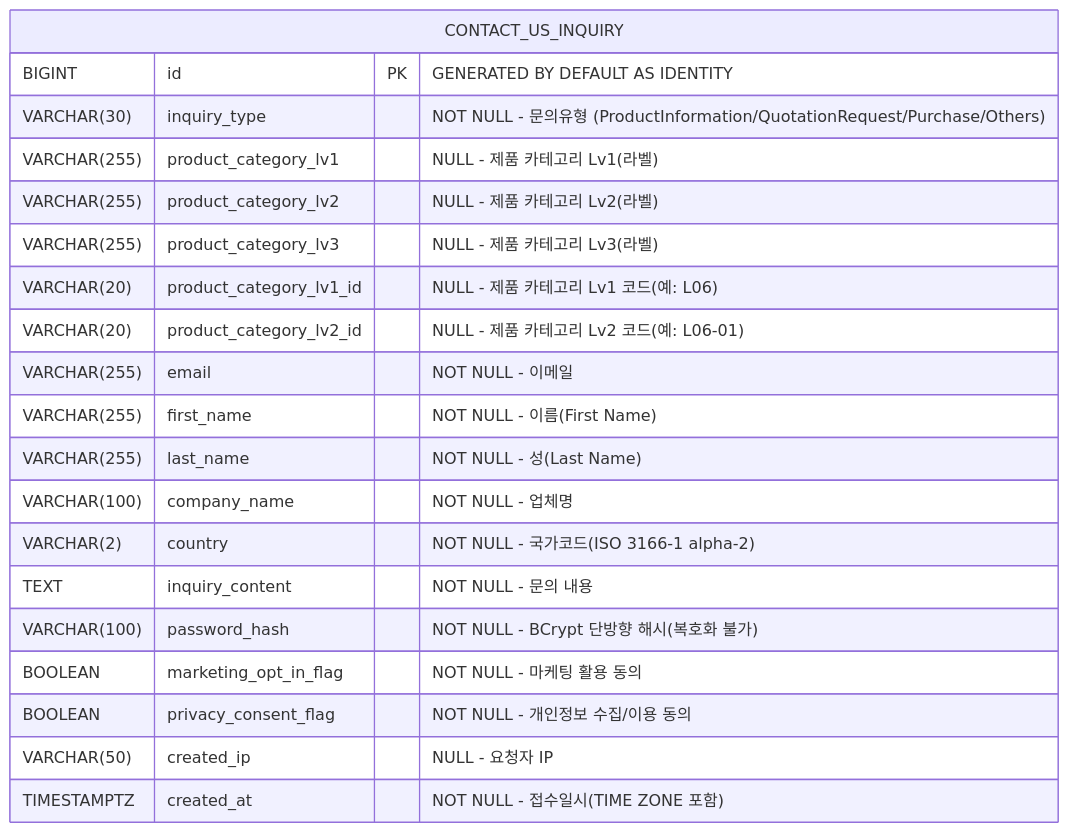
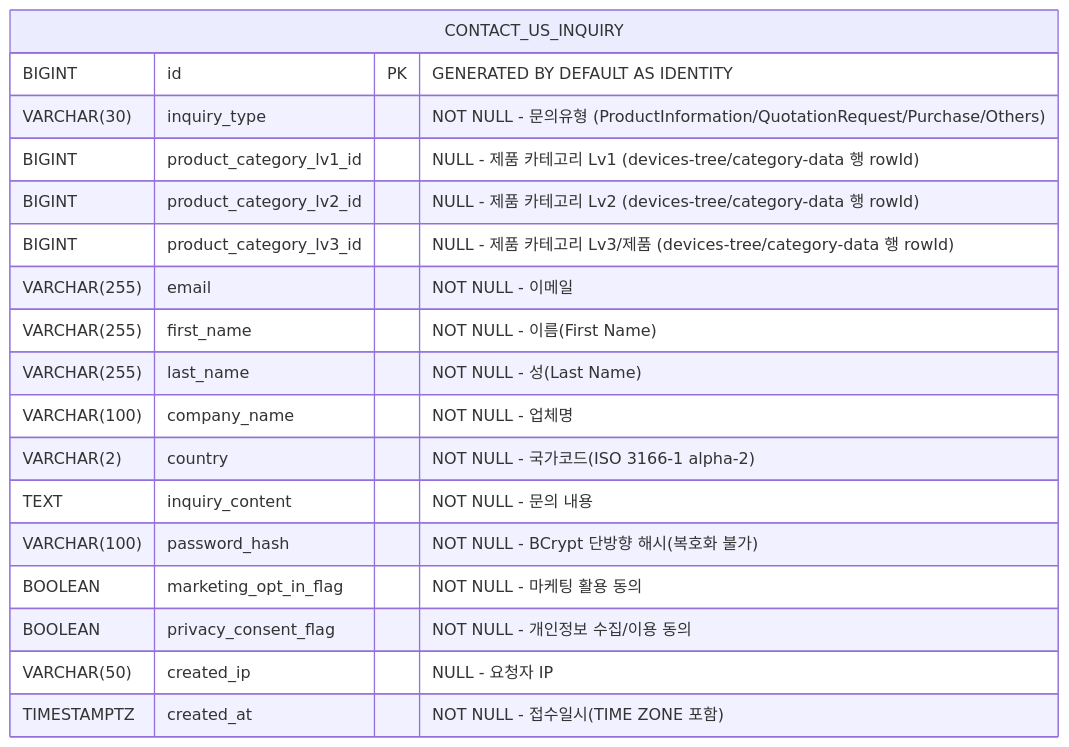
Before and after one commit to kfgabiz-lab/ge: the diagram in docs/db/contact-us/db_contact-us.md, drawn with Mermaid. The commit also changed other lines of this file and 1 other file, not shown here.

Commit message:
chore: bo-api/fo 서브모듈 포인터 업데이트 및 Contact-us Product Category DB 설계 문서 정정

````diff
--- a/docs/db/contact-us/db_contact-us.md
+++ b/docs/db/contact-us/db_contact-us.md
@@ -11,23 +11,21 @@
 ```mermaid
 erDiagram
     CONTACT_US_INQUIRY {
         BIGINT id PK "GENERATED BY DEFAULT AS IDENTITY"
         VARCHAR(30) inquiry_type "NOT NULL - 문의유형 (ProductInformation/QuotationRequest/Purchase/Others)"
-        VARCHAR(255) product_category_lv1 "NULL - 제품 카테고리 Lv1(라벨)"
-        VARCHAR(255) product_category_lv2 "NULL - 제품 카테고리 Lv2(라벨)"
-        VARCHAR(255) product_category_lv3 "NULL - 제품 카테고리 Lv3(라벨)"
-        VARCHAR(20) product_category_lv1_id "NULL - 제품 카테고리 Lv1 코드(예: L06)"
-        VARCHAR(20) product_category_lv2_id "NULL - 제품 카테고리 Lv2 코드(예: L06-01)"
+        BIGINT product_category_lv1_id "NULL - 제품 카테고리 Lv1 (devices-tree/category-data 행 rowId)"
+        BIGINT product_category_lv2_id "NULL - 제품 카테고리 Lv2 (devices-tree/category-data 행 rowId)"
+        BIGINT product_category_lv3_id "NULL - 제품 카테고리 Lv3/제품 (devices-tree/category-data 행 rowId)"
         VARCHAR(255) email "NOT NULL - 이메일"
         VARCHAR(255) first_name "NOT NULL - 이름(First Name)"
         VARCHAR(255) last_name "NOT NULL - 성(Last Name)"
         VARCHAR(100) company_name "NOT NULL - 업체명"
         VARCHAR(2) country "NOT NULL - 국가코드(ISO 3166-1 alpha-2)"
         TEXT inquiry_content "NOT NULL - 문의 내용"
         VARCHAR(100) password_hash "NOT NULL - BCrypt 단방향 해시(복호화 불가)"
         BOOLEAN marketing_opt_in_flag "NOT NULL - 마케팅 활용 동의"
         BOOLEAN privacy_consent_flag "NOT NULL - 개인정보 수집/이용 동의"
         VARCHAR(50) created_ip "NULL - 요청자 IP"
         TIMESTAMPTZ created_at "NOT NULL - 접수일시(TIME ZONE 포함)"
     }
 ```
````
